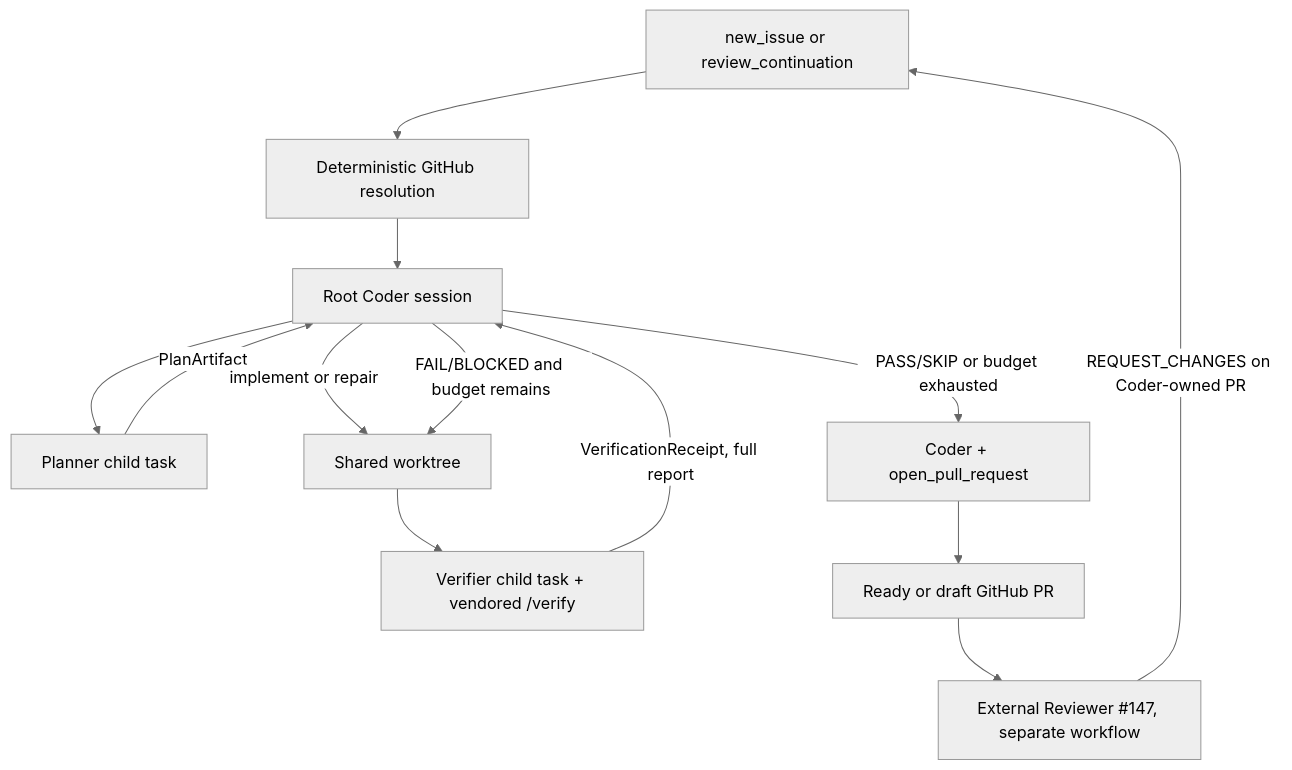
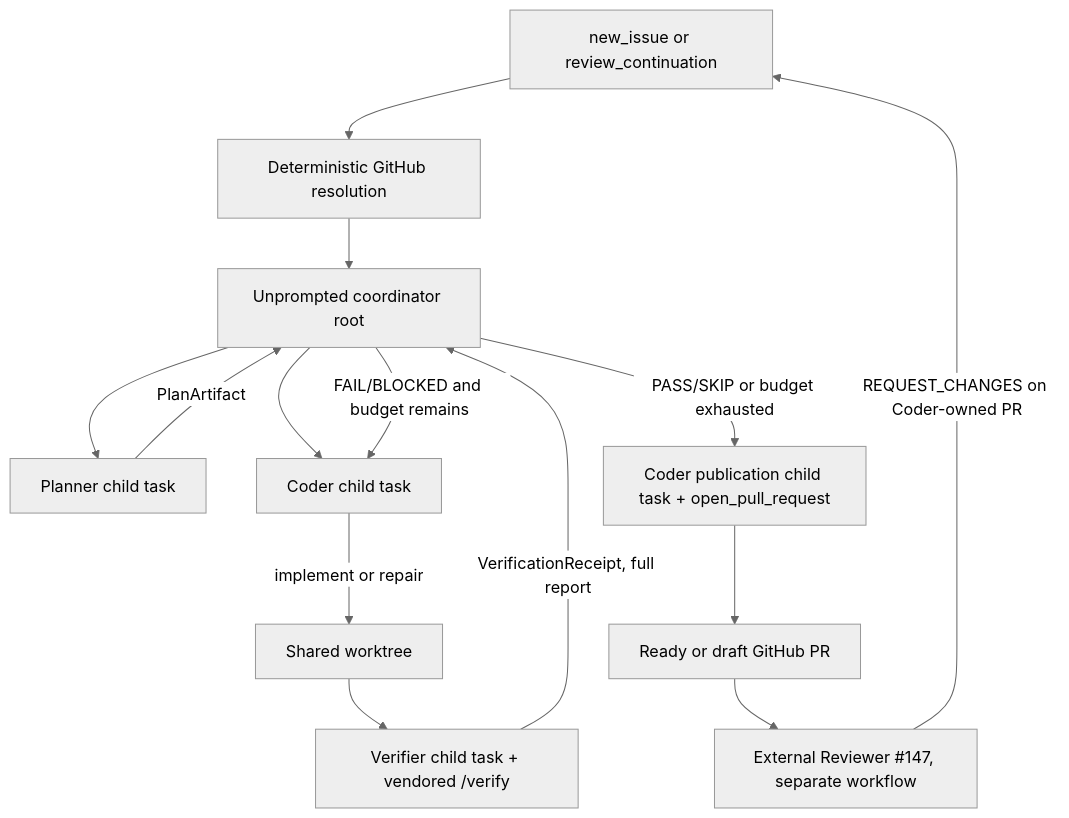
One commit to AaronAbuUsama/whatsappd-github-agent changed the first of 2 diagrams in docs/planning/173-CODING-WORKFLOW-SPEC.md. Above: the diagram before and after it, drawn with Mermaid (neutral theme).

Commit message:
docs: align workflow architecture diagram

````diff
--- a/docs/planning/173-CODING-WORKFLOW-SPEC.md
+++ b/docs/planning/173-CODING-WORKFLOW-SPEC.md
@@ -73,15 +73,16 @@
 ```mermaid
 flowchart TD
     I["new_issue or review_continuation"] --> R["Deterministic GitHub resolution"]
-    R --> C["Root Coder session"]
+    R --> C["Unprompted coordinator root"]
     C --> P["Planner child task"]
     P -->|"PlanArtifact"| C
-    C -->|"implement or repair"| W["Shared worktree"]
+    C --> D["Coder child task"]
+    D -->|"implement or repair"| W["Shared worktree"]
     W --> V["Verifier child task + vendored /verify"]
     V -->|"VerificationReceipt, full report"| C
-    C -->|"FAIL/BLOCKED and budget remains"| W
-    C -->|"PASS/SKIP or budget exhausted"| PR["Coder + open_pull_request"]
+    C -->|"FAIL/BLOCKED and budget remains"| D
+    C -->|"PASS/SKIP or budget exhausted"| PR["Coder publication child task + open_pull_request"]
     PR --> G["Ready or draft GitHub PR"]
     G --> ER["External Reviewer #147, separate workflow"]
     ER -->|"REQUEST_CHANGES on Coder-owned PR"| I
 ```
````
